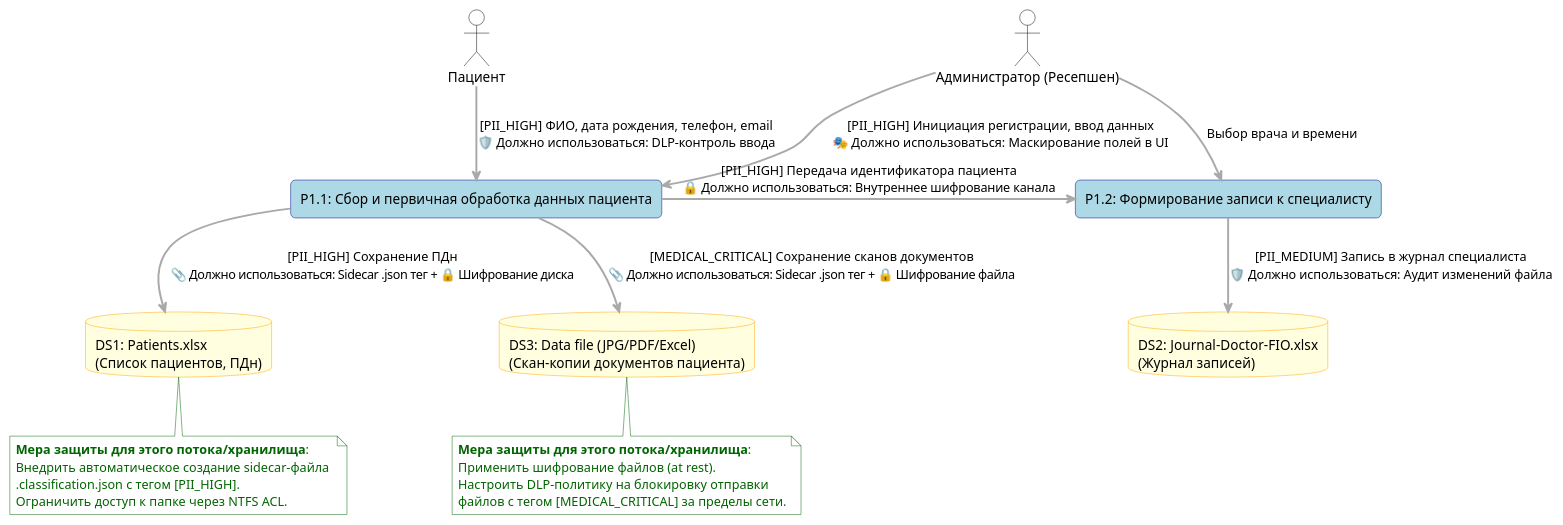
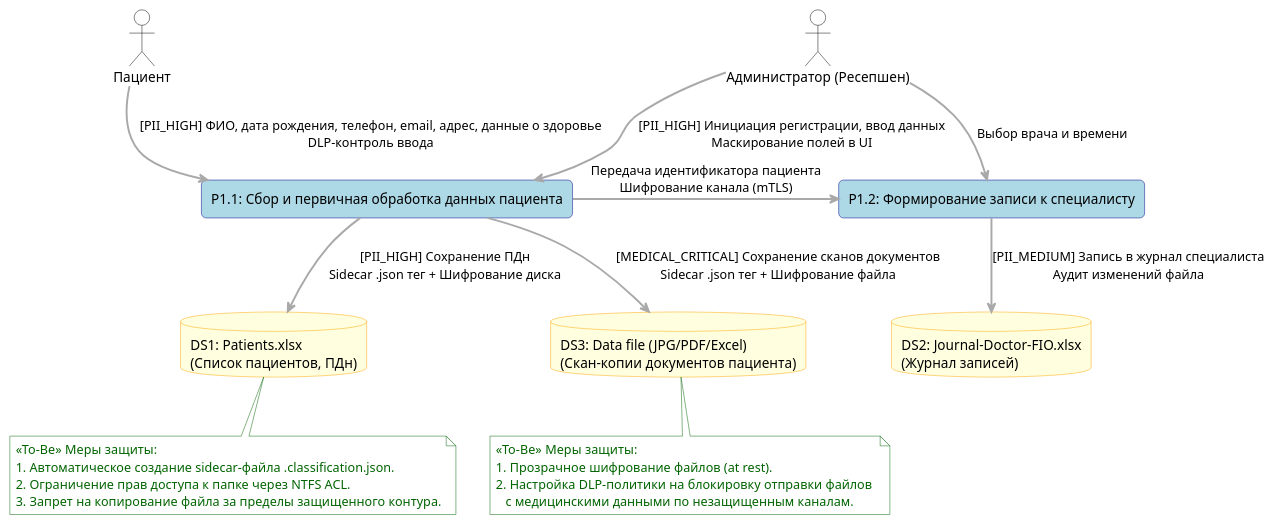
The diagram in Task1/diagrams/БП-1_регистрация_пациента_и_запись_на_приём_(tobe).puml (binom1982/yandex-practicum-architecture-pro--architecture-medikamente), drawn with PlantUML before and after one commit. The commit also changed 2 other files, not shown here.

```diff
--- a/Task1/diagrams/БП-1_регистрация_пациента_и_запись_на_приём_(tobe).puml
+++ b/Task1/diagrams/БП-1_регистрация_пациента_и_запись_на_приём_(tobe).puml
@@ -1,66 +1,64 @@
 @startuml БП-1_регистрация_пациента_и_запись_на_приём
 skinparam monochrome false
 skinparam shadowing false
 skinparam defaultFontName Arial
 top to bottom direction
 
 skinparam actor {
     BackgroundColor White
     BorderColor Black
 }
 skinparam rectangle {
     BackgroundColor LightBlue
     BorderColor DarkBlue
     RoundCorner 10
 }
 skinparam database {
     BackgroundColor LightYellow
     BorderColor Orange
     RoundCorner 10
 }
 skinparam arrow {
     Color DarkGray
     Thickness 2
 }
 skinparam note {
     BackgroundColor White
     BorderColor DarkGreen
     FontColor DarkGreen
 }
 
 actor "Пациент" as Patient
 actor "Администратор (Ресепшен)" as Admin
 
-' ОРИГИНАЛЬНЫЕ НАЗВАНИЯ ПРОЦЕССОВ
 rectangle "P1.1: Сбор и первичная обработка данных пациента" as P1_1
 rectangle "P1.2: Формирование записи к специалисту" as P1_2
 
-' ОРИГИНАЛЬНЫЕ НАЗВАНИЯ ХРАНИЛИЩ + АННОТАЦИИ МЕР ЗАЩИТЫ
 database "DS1: Patients.xlsx\n(Список пациентов, ПДн)" as DS1
 database "DS2: Journal-Doctor-FIO.xlsx\n(Журнал записей)" as DS2
 database "DS3: Data file (JPG/PDF/Excel)\n(Скан-копии документов пациента)" as DS3
 
-Patient -down-> P1_1 : "[PII_HIGH] ФИО, дата рождения, телефон, email\n🛡️ Должно использоваться: DLP-контроль ввода"
-Admin -down-> P1_1 : "[PII_HIGH] Инициация регистрации, ввод данных\n🎭 Должно использоваться: Маскирование полей в UI"
+Patient -down-> P1_1 : "[PII_HIGH] ФИО, дата рождения, телефон, email, адрес, данные о здоровье\nDLP-контроль ввода"
+Admin -down-> P1_1 : "[PII_HIGH] Инициация регистрации, ввод данных\nМаскирование полей в UI"
 
-P1_1 -down-> DS1 : "[PII_HIGH] Сохранение ПДн\n📎 Должно использоваться: Sidecar .json тег + 🔒 Шифрование диска"
-P1_1 -down-> DS3 : "[MEDICAL_CRITICAL] Сохранение сканов документов\n📎 Должно использоваться: Sidecar .json тег + 🔒 Шифрование файла"
+P1_1 -down-> DS1 : "[PII_HIGH] Сохранение ПДн\nSidecar .json тег + Шифрование диска"
+P1_1 -down-> DS3 : "[MEDICAL_CRITICAL] Сохранение сканов документов\nSidecar .json тег + Шифрование файла"
 
 Admin -right-> P1_2 : "Выбор врача и времени"
-P1_1 -right-> P1_2 : "[PII_HIGH] Передача идентификатора пациента\n🔒 Должно использоваться: Внутреннее шифрование канала"
-P1_2 -down-> DS2 : "[PII_MEDIUM] Запись в журнал специалиста\n🛡️ Должно использоваться: Аудит изменений файла"
+P1_1 -right-> P1_2 : "Передача идентификатора пациента\nШифрование канала (mTLS)"
+P1_2 -down-> DS2 : "[PII_MEDIUM] Запись в журнал специалиста\nАудит изменений файла"
 
 note bottom of DS1
-  **Мера защиты для этого потока/хранилища**: 
-  Внедрить автоматическое создание sidecar-файла 
-  .classification.json с тегом [PII_HIGH]. 
-  Ограничить доступ к папке через NTFS ACL.
+  <<To-Be>> Меры защиты:
+  1. Автоматическое создание sidecar-файла .classification.json.
+  2. Ограничение прав доступа к папке через NTFS ACL.
+  3. Запрет на копирование файла за пределы защищенного контура.
 end note
 
 note bottom of DS3
-  **Мера защиты для этого потока/хранилища**: 
-  Применить шифрование файлов (at rest). 
-  Настроить DLP-политику на блокировку отправки 
-  файлов с тегом [MEDICAL_CRITICAL] за пределы сети.
+  <<To-Be>> Меры защиты:
+  1. Прозрачное шифрование файлов (at rest).
+  2. Настройка DLP-политики на блокировку отправки файлов 
+     с медицинскими данными по незащищенным каналам.
 end note
 @enduml
```
